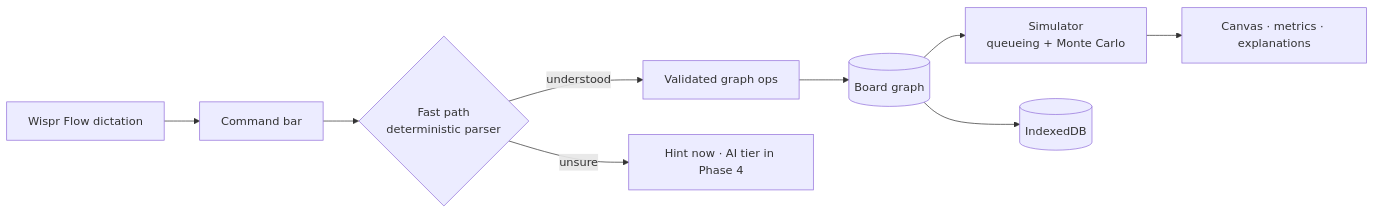
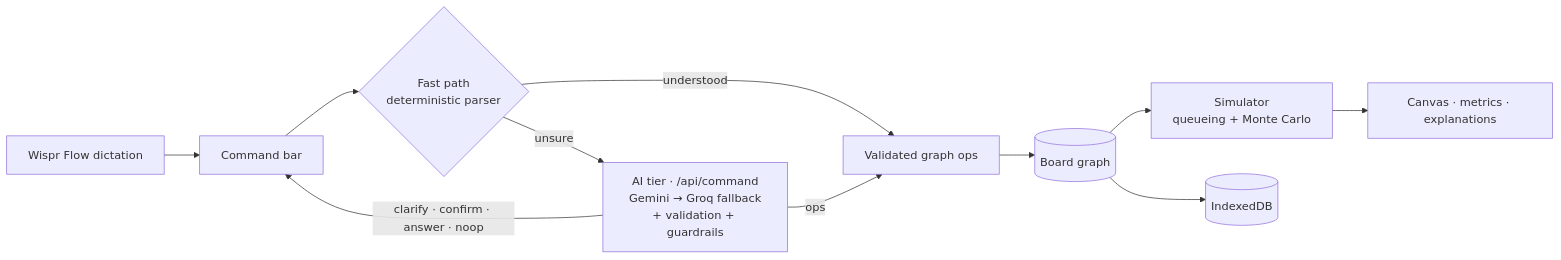
The diagram in README.md (im-shourya/Archie), drawn with Mermaid before and after one commit. The commit also changed other lines of this file and 87 other files, not shown here.

First line of the commit message:
feat: AI harness, /api/command and command-bar AI tier on free tiers (Phase 4) (#7)

````diff
--- a/README.md
+++ b/README.md
@@ -57,11 +60,13 @@
 ```mermaid
 flowchart LR
     V[Wispr Flow dictation] --> C[Command bar]
     C --> F{Fast path<br/>deterministic parser}
     F -- understood --> O[Validated graph ops]
-    F -- unsure --> H[Hint now · AI tier in Phase 4]
+    F -- unsure --> A[AI tier · /api/command<br/>Gemini → Groq fallback<br/>+ validation + guardrails]
+    A -- ops --> O
+    A -- clarify · confirm · answer · noop --> C
     O --> G[(Board graph)]
     G --> S[Simulator<br/>queueing + Monte Carlo]
     S --> U[Canvas · metrics · explanations]
     G --> D[(IndexedDB)]
 ```
````
